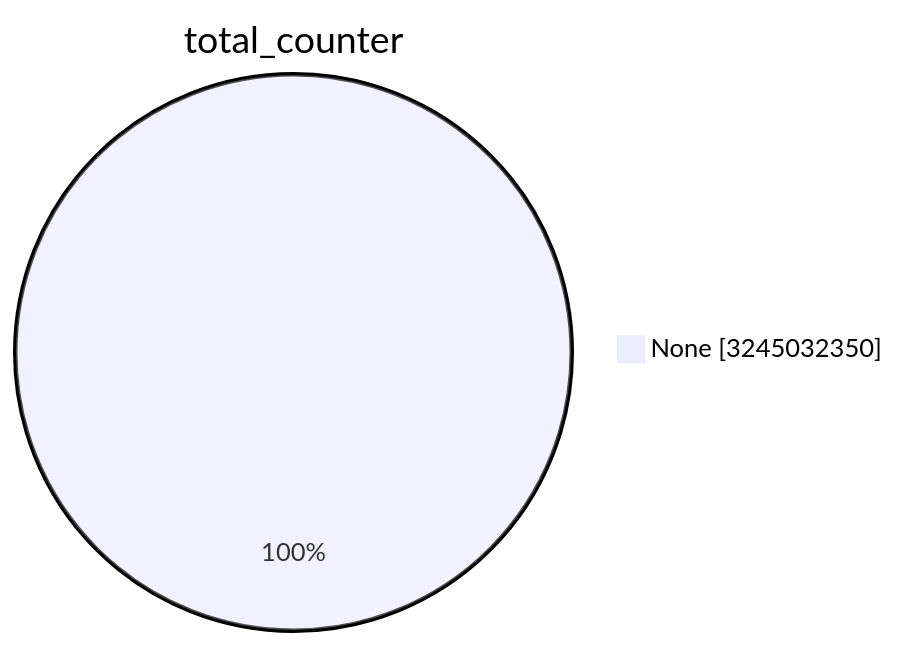
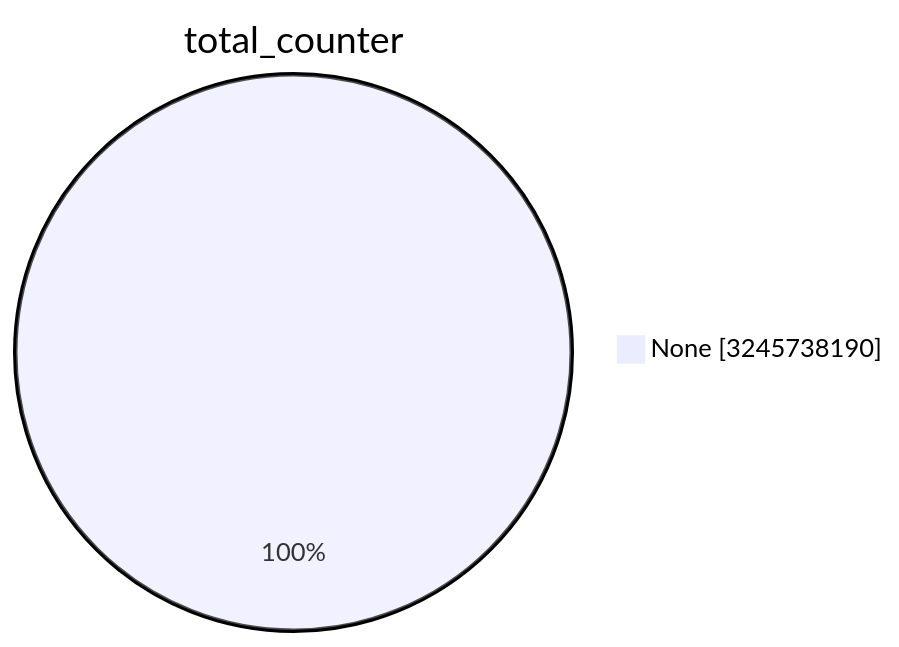
Before and after one commit to christiankrug/ctmonitor_visualization: the first of 15 diagrams in TOTAL/README.md, drawn with Mermaid. The commit also changed other lines of this file, not shown here.

````diff
--- a/TOTAL/README.md
+++ b/TOTAL/README.md
@@ -1,5 +1,5 @@
 ```mermaid
 pie showData
 title total_counter
-"None" :3245032350
+"None" :3245738190
 ```
````
